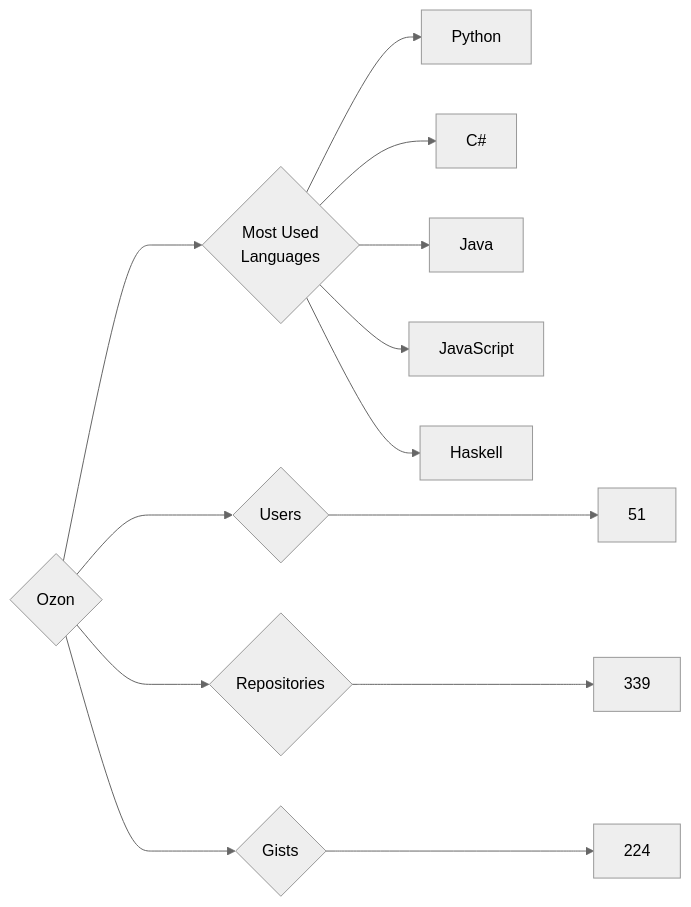
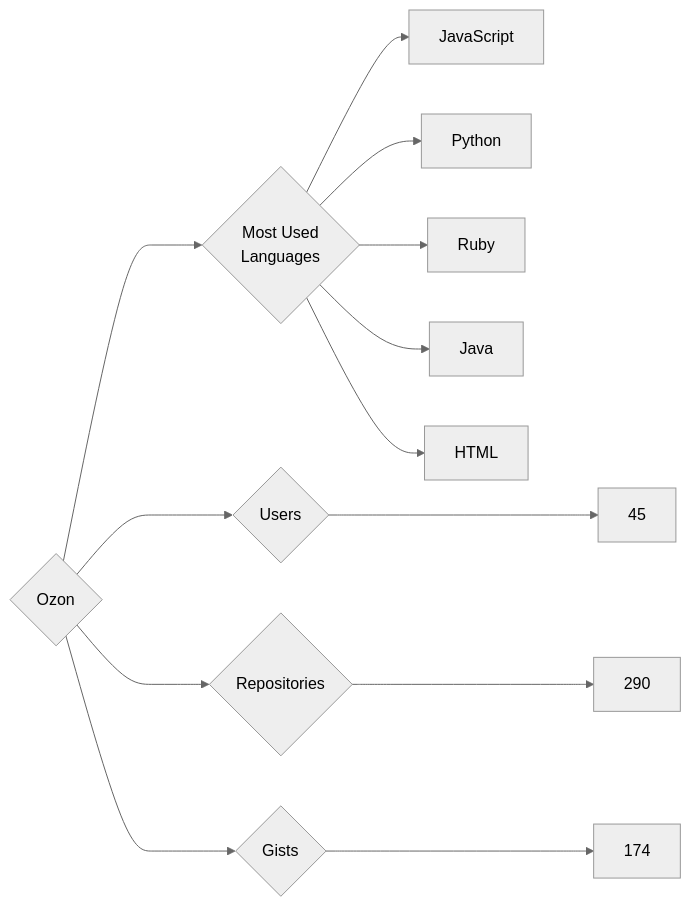
Before and after one commit to trickest/insiders: the diagram in targets/Ozon/README.md, drawn with Mermaid (neutral theme). The commit also changed 677 other files, not shown here.

````diff
--- a/targets/Ozon/README.md
+++ b/targets/Ozon/README.md
@@ -3,13 +3,13 @@
 ```mermaid
 graph LR
 COMPANY_NAME{Ozon}
-COMPANY_NAME ---> U{Users} ---> UN[51]
-COMPANY_NAME ---> R{Repositories} ---> RN[339]
-COMPANY_NAME ---> G{Gists} ---> GN[224]
+COMPANY_NAME ---> U{Users} ---> UN[45]
+COMPANY_NAME ---> R{Repositories} ---> RN[290]
+COMPANY_NAME ---> G{Gists} ---> GN[174]
 COMPANY_NAME ---> ML{Most Used<br>Languages}
+ML --> JavaScript[JavaScript]
 ML --> Python[Python]
-ML --> C#[C#]
+ML --> Ruby[Ruby]
 ML --> Java[Java]
-ML --> JavaScript[JavaScript]
-ML --> Haskell[Haskell]
+ML --> HTML[HTML]
 ```
````
